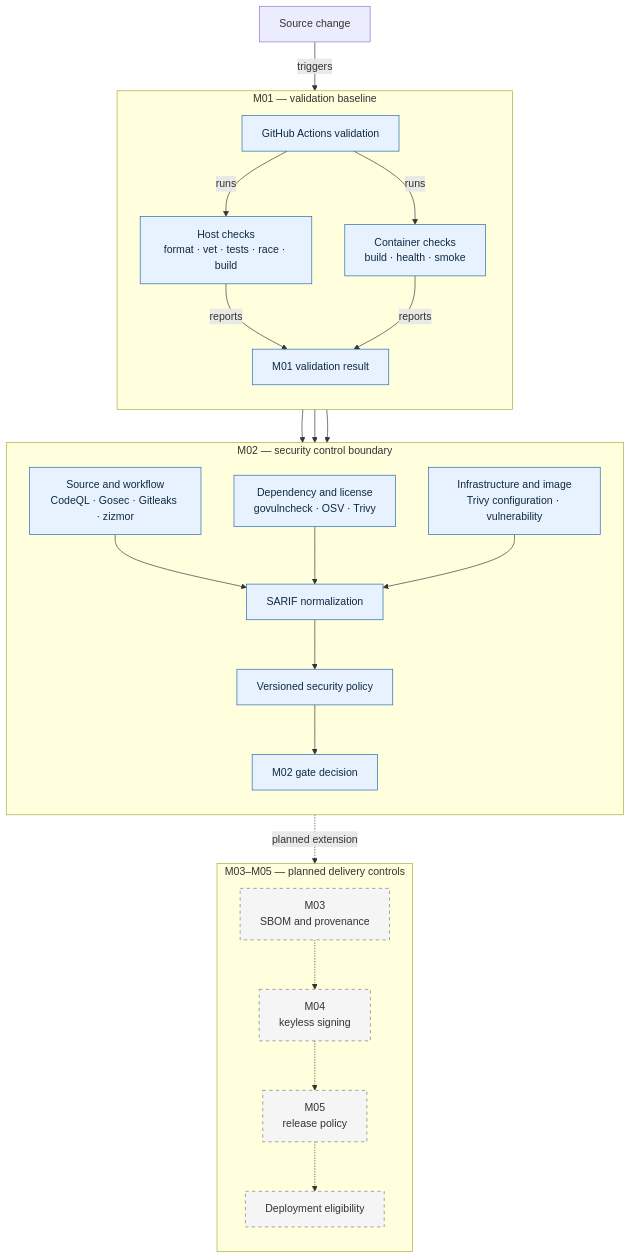
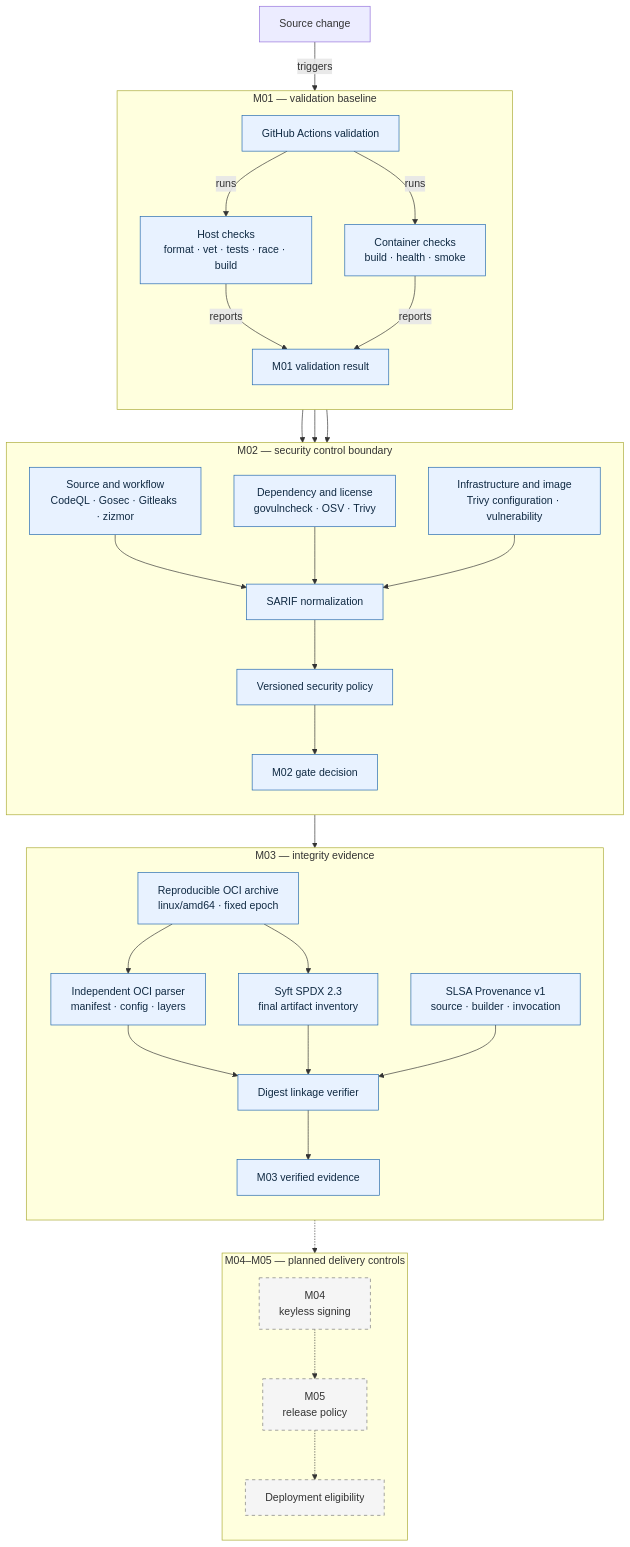
One commit to satishgampala/devsecops-supply-chain-template changed the diagram in docs/architecture/pipeline-flow.md. Above: the diagram before and after it, drawn with Mermaid. The commit also changed other lines of this file and 8 other files, not shown here.

````diff
--- a/docs/architecture/pipeline-flow.md
+++ b/docs/architecture/pipeline-flow.md
@@ -5,39 +5,47 @@
 ```mermaid
 flowchart TB
   change[Source change] -->|triggers| ci[GitHub Actions validation]
 
   subgraph baseline["M01 — validation baseline"]
     direction TB
     ci -->|runs| host[Host checks<br/>format · vet · tests · race · build]
     ci -->|runs| container[Container checks<br/>build · health · smoke]
     host -->|reports| m01[M01 validation result]
     container -->|reports| m01
   end
 
   subgraph scanning["M02 — security control boundary"]
     direction TB
     m01 --> source[Source and workflow<br/>CodeQL · Gosec · Gitleaks · zizmor]
     m01 --> dependency[Dependency and license<br/>govulncheck · OSV · Trivy]
     m01 --> artifact[Infrastructure and image<br/>Trivy configuration · vulnerability]
     source --> normalize[SARIF normalization]
     dependency --> normalize
     artifact --> normalize
     normalize --> policy[Versioned security policy]
     policy --> m02[M02 gate decision]
   end
 
-  subgraph future["M03–M05 — planned delivery controls"]
+  subgraph integrity["M03 — integrity evidence"]
     direction TB
-    m03[M03<br/>SBOM and provenance]
+    m02 --> oci[Reproducible OCI archive<br/>linux/amd64 · fixed epoch]
+    oci --> subject[Independent OCI parser<br/>manifest · config · layers]
+    oci --> syft[Syft SPDX 2.3<br/>final artifact inventory]
+    subject --> bind[Digest linkage verifier]
+    syft --> bind
+    provenance[SLSA Provenance v1<br/>source · builder · invocation] --> bind
+    bind --> m03[M03 verified evidence]
+  end
+
+  subgraph future["M04–M05 — planned delivery controls"]
+    direction TB
     m03 -.-> m04[M04<br/>keyless signing]
     m04 -.-> m05[M05<br/>release policy]
     m05 -.-> eligibility[Deployment eligibility]
   end
 
-  m02 -.->|planned extension| m03
-
   classDef currentNode fill:#e8f2ff,stroke:#2167ae,color:#102a43;
   classDef planned fill:#f5f5f5,stroke:#777,stroke-dasharray:5 5,color:#333;
-  class ci,host,container,m01,source,dependency,artifact,normalize,policy,m02 currentNode;
-  class m03,m04,m05,eligibility planned;
+  class ci,host,container,m01,source,dependency,artifact,normalize,policy,m02,oci,subject,syft,provenance,bind,m03 currentNode;
+  class m04,m05,eligibility planned;
 ```
````
